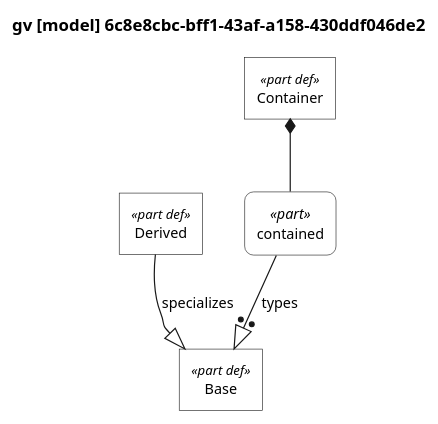
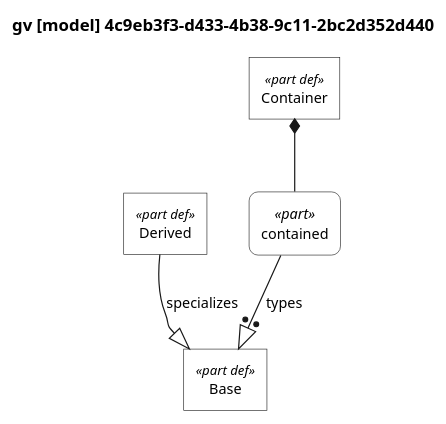
The diagram in docs/plantuml-examples/02-relationships.puml (mycr0ft/sysml2py), drawn with PlantUML before and after one commit. The commit also changed 27 other files, not shown here.

```diff
--- a/docs/plantuml-examples/02-relationships.puml
+++ b/docs/plantuml-examples/02-relationships.puml
@@ -1,116 +1,116 @@
 @startuml
 
 skinparam monochrome true
 skinparam wrapWidth 300
 skinparam defaultFontSize 12
 skinparam defaultFontName Helvetica
 
 ' Definitions: sharp corners, plain background
 skinparam rectangle<<part def>> {
     RoundCorner 0
     BackgroundColor white
     StereotypeFontSize 11
 }
 skinparam rectangle<<item def>> {
     RoundCorner 0
     BackgroundColor white
 }
 skinparam rectangle<<attribute def>> {
     RoundCorner 0
     BackgroundColor white
 }
 skinparam rectangle<<port def>> {
     RoundCorner 0
     BackgroundColor white
 }
 skinparam rectangle<<action def>> {
     RoundCorner 0
     BackgroundColor white
 }
 skinparam rectangle<<state def>> {
     RoundCorner 0
     BackgroundColor white
 }
 skinparam rectangle<<requirement def>> {
     RoundCorner 0
     BackgroundColor white
 }
 skinparam rectangle<<view def>> {
     RoundCorner 0
     BackgroundColor white
 }
 skinparam rectangle<<viewpoint def>> {
     RoundCorner 0
     BackgroundColor white
 }
 skinparam rectangle<<enumeration def>> {
     RoundCorner 0
     BackgroundColor white
 }
 
 ' Usages: rounded corners, plain background
 skinparam rectangle<<part>> {
     RoundCorner 15
     BackgroundColor white
 }
 skinparam rectangle<<item>> {
     RoundCorner 15
     BackgroundColor white
 }
 skinparam rectangle<<attribute>> {
     RoundCorner 15
     BackgroundColor white
 }
 skinparam rectangle<<port>> {
     RoundCorner 15
     BackgroundColor white
 }
 skinparam rectangle<<action>> {
     RoundCorner 15
     BackgroundColor white
 }
 skinparam rectangle<<state>> {
     RoundCorner 15
     BackgroundColor white
 }
 skinparam rectangle<<requirement>> {
     RoundCorner 15
     BackgroundColor white
 }
 skinparam rectangle<<view>> {
     RoundCorner 15
     BackgroundColor white
 }
 skinparam rectangle<<viewpoint>> {
     RoundCorner 15
     BackgroundColor white
 }
 skinparam rectangle<<enumeration>> {
     RoundCorner 15
     BackgroundColor white
 }
 
 ' Views as folders
 skinparam folder<<view def>> {
     BackgroundColor white
 }
 skinparam folder<<view>> {
     BackgroundColor white
 }
 
 top to bottom direction
 
-title gv [model] 6c8e8cbc-bff1-43af-a158-430ddf046de2
+title gv [model] 4c9eb3f3-d433-4b38-9c11-2bc2d352d440
 
 hide circle
 
 rectangle "Base" as E1 <<part def>>
 rectangle "Derived" as E2 <<part def>>
 rectangle "Container" as E3 <<part def>>
 rectangle "contained" as E4 <<part>>
 
 E2 --|> E1 : specializes
 E3 *-- E4
 E4 --:|> E1 : types
 
 @enduml
```
